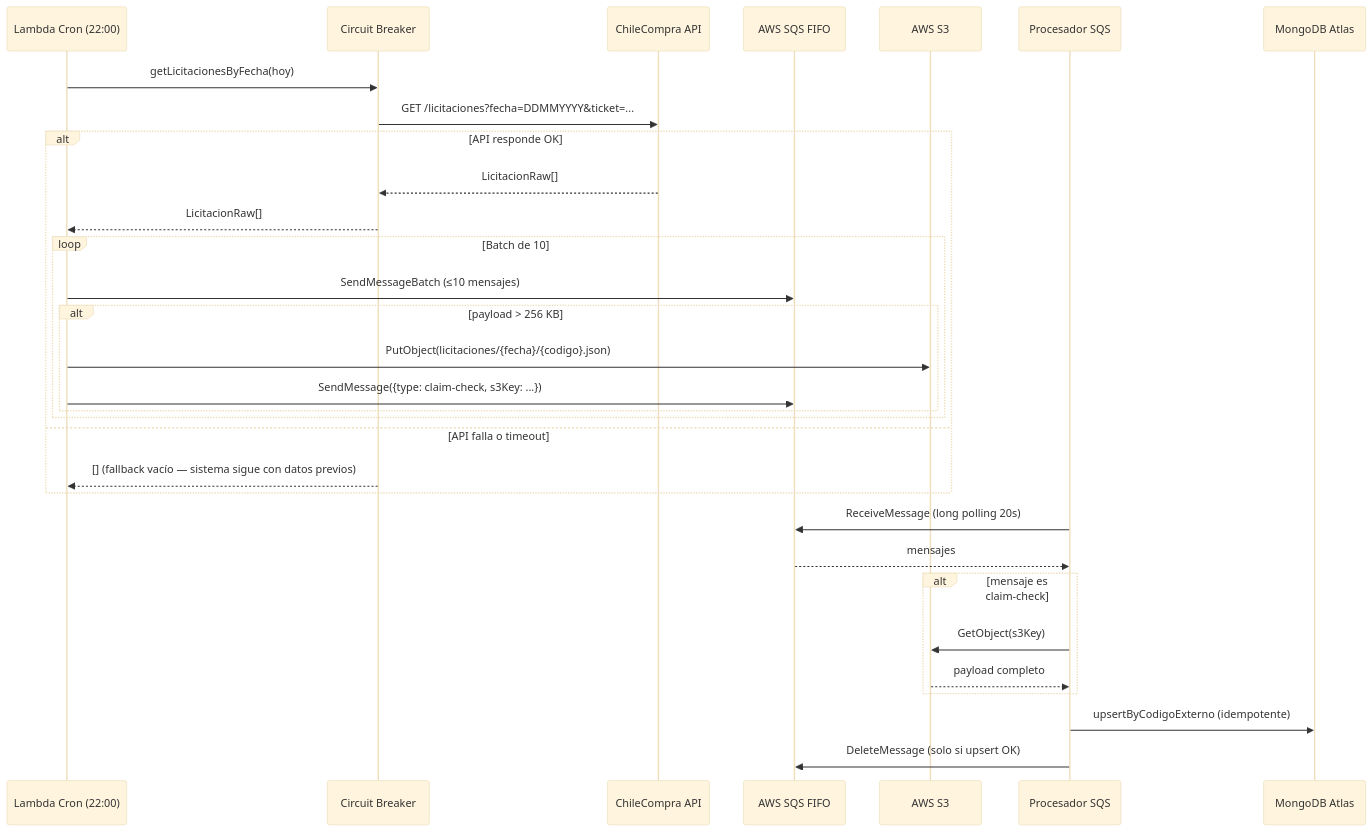
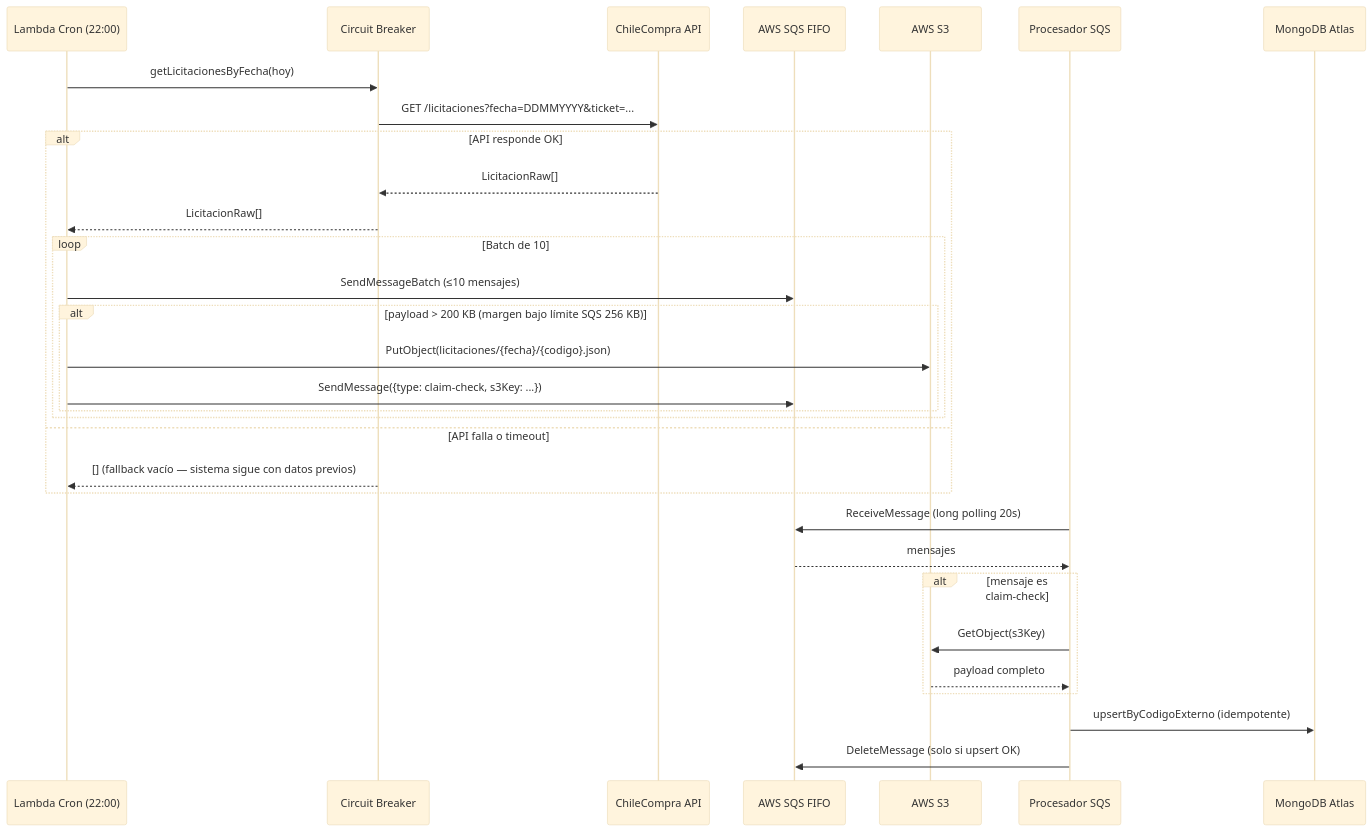
Before and after one commit to Freddymhs/paraPymes: the third of 4 diagrams in docs/diagrams/DIAGRAMAS_COMPONENTES.md, drawn with Mermaid (base theme). The commit also changed other lines of this file and 52 other files, not shown here.

````diff
--- a/docs/diagrams/DIAGRAMAS_COMPONENTES.md
+++ b/docs/diagrams/DIAGRAMAS_COMPONENTES.md
@@ -116,35 +117,35 @@
 ```mermaid
 sequenceDiagram
     participant Lambda as Lambda Cron (22:00)
     participant CB as Circuit Breaker
     participant CHILECOMPRA as ChileCompra API
     participant SQS as AWS SQS FIFO
     participant S3 as AWS S3
     participant CONSUMER as Procesador SQS
     participant MONGO as MongoDB Atlas
 
     Lambda->>CB: getLicitacionesByFecha(hoy)
     CB->>CHILECOMPRA: GET /licitaciones?fecha=DDMMYYYY&ticket=...
     alt API responde OK
         CHILECOMPRA-->>CB: LicitacionRaw[]
         CB-->>Lambda: LicitacionRaw[]
         loop Batch de 10
             Lambda->>SQS: SendMessageBatch (≤10 mensajes)
-            alt payload > 256 KB
+            alt payload > 200 KB (margen bajo límite SQS 256 KB)
                 Lambda->>S3: PutObject(licitaciones/{fecha}/{codigo}.json)
                 Lambda->>SQS: SendMessage({type: claim-check, s3Key: ...})
             end
         end
     else API falla o timeout
         CB-->>Lambda: [] (fallback vacío — sistema sigue con datos previos)
     end
 
     CONSUMER->>SQS: ReceiveMessage (long polling 20s)
     SQS-->>CONSUMER: mensajes
     alt mensaje es claim-check
         CONSUMER->>S3: GetObject(s3Key)
         S3-->>CONSUMER: payload completo
     end
     CONSUMER->>MONGO: upsertByCodigoExterno (idempotente)
     CONSUMER->>SQS: DeleteMessage (solo si upsert OK)
 ```
````
